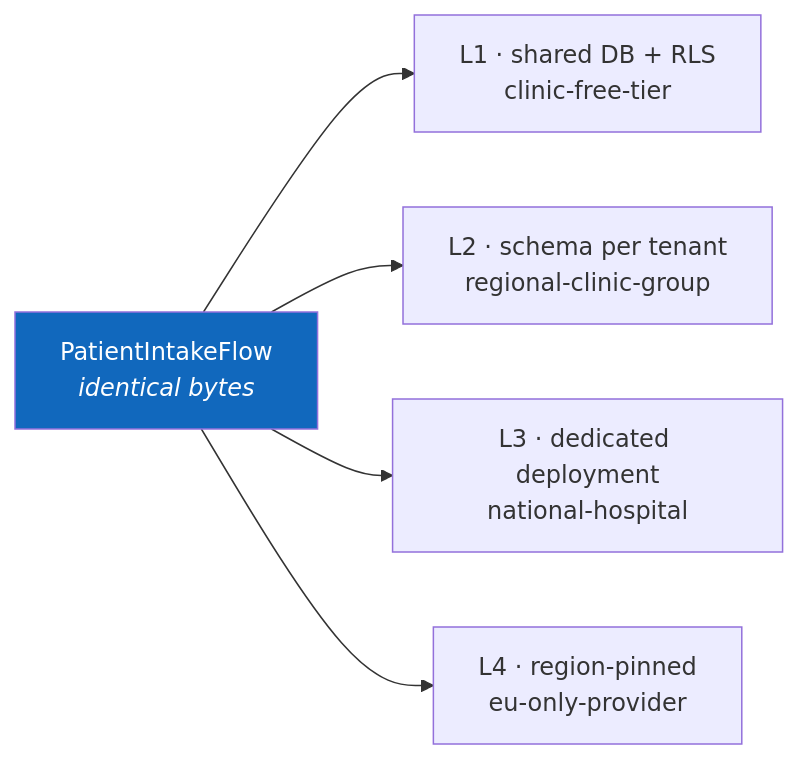
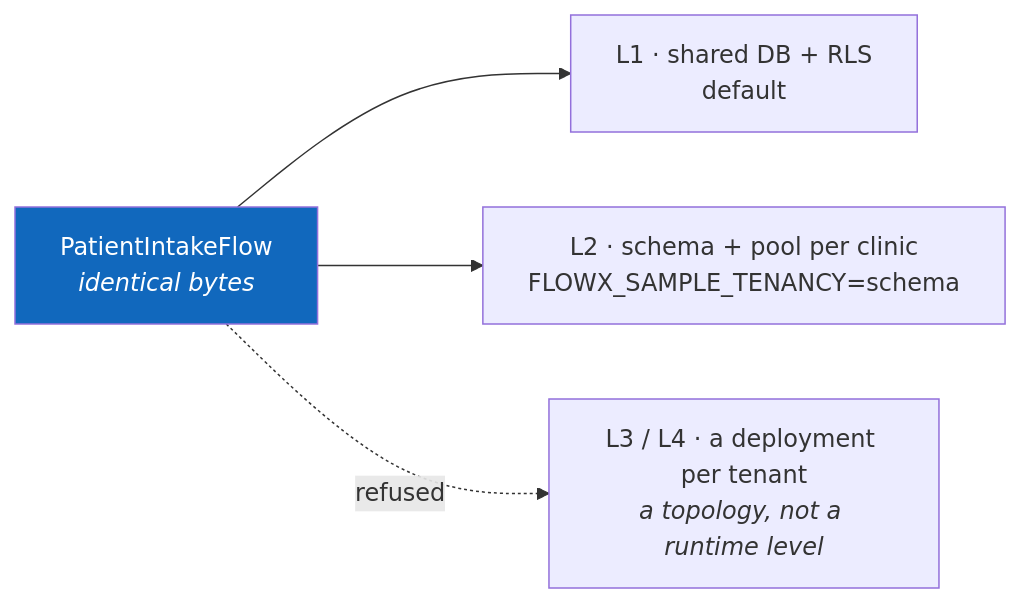
One commit to KhaiTrang1995/NexusFlow changed the diagram in samples/healthcare/README.md. Above: the diagram before and after it, drawn with Mermaid. The commit also changed other lines of this file and 49 other files, not shown here.

````diff
--- a/samples/healthcare/README.md
+++ b/samples/healthcare/README.md
@@ -102,8 +90,7 @@
 ```mermaid
 flowchart LR
-    C["PatientIntakeFlow<br/><i>identical bytes</i>"] --> L1["L1 · shared DB + RLS<br/>clinic-free-tier"]
-    C --> L2["L2 · schema per tenant<br/>regional-clinic-group"]
-    C --> L3["L3 · dedicated deployment<br/>national-hospital"]
-    C --> L4["L4 · region-pinned<br/>eu-only-provider"]
+    C["PatientIntakeFlow<br/><i>identical bytes</i>"] --> L1["L1 · shared DB + RLS<br/>default"]
+    C --> L2["L2 · schema + pool per clinic<br/>FLOWX_SAMPLE_TENANCY=schema"]
+    C -.->|refused| L34["L3 / L4 · a deployment per tenant<br/><i>a topology, not a runtime level</i>"]
     style C fill:#1168bd,color:#fff
 ```
````
